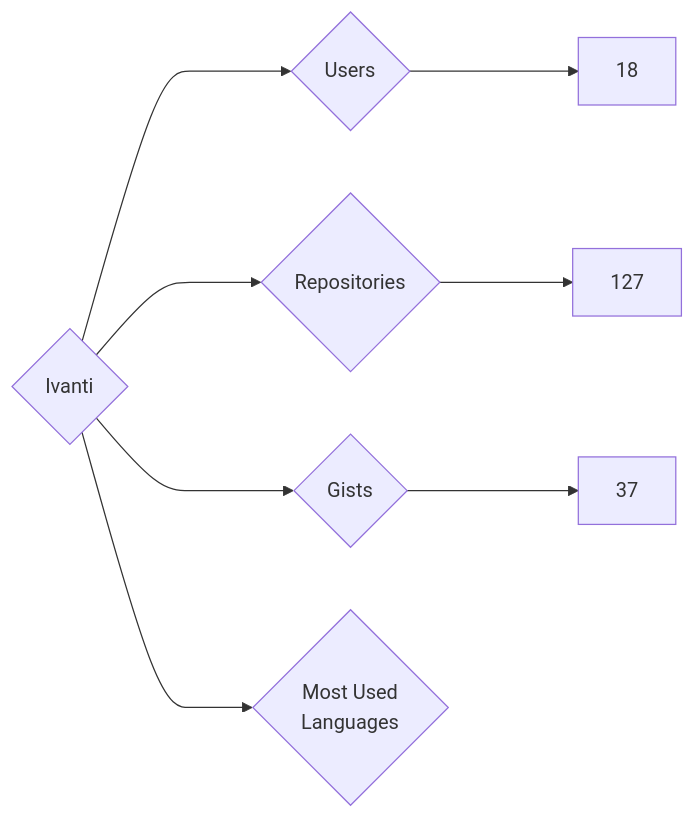
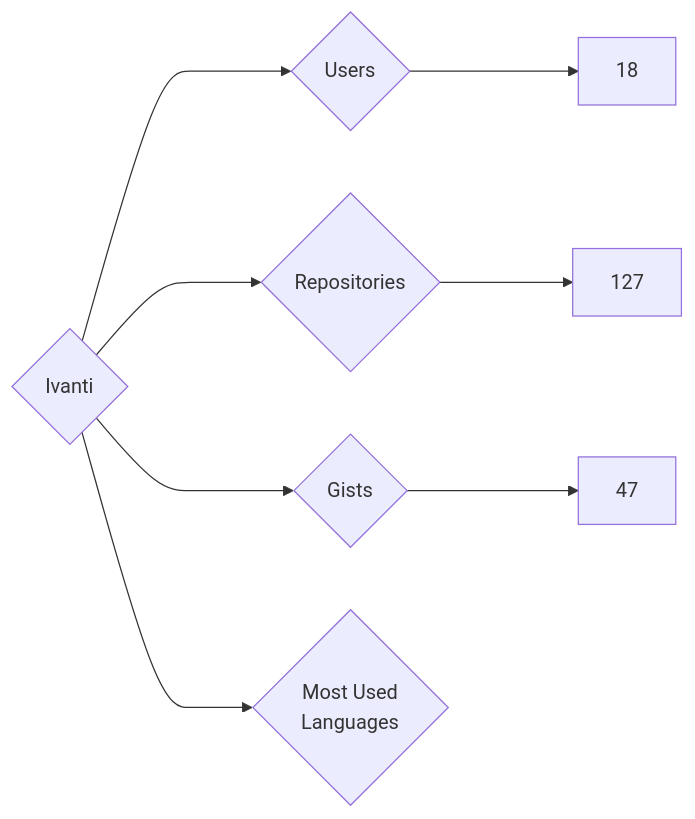
The diagram in targets/Ivanti/README.md (nenadzaric/insiders), drawn with Mermaid before and after one commit. The commit also changed 1342 other files, not shown here.

````diff
--- a/targets/Ivanti/README.md
+++ b/targets/Ivanti/README.md
@@ -3,8 +3,8 @@
 ```mermaid
 graph LR
 COMPANY_NAME{Ivanti}
 COMPANY_NAME ---> U{Users} ---> UN[18]
 COMPANY_NAME ---> R{Repositories} ---> RN[127]
-COMPANY_NAME ---> G{Gists} ---> GN[37]
+COMPANY_NAME ---> G{Gists} ---> GN[47]
 COMPANY_NAME ---> ML{Most Used<br>Languages}
 ```
````
